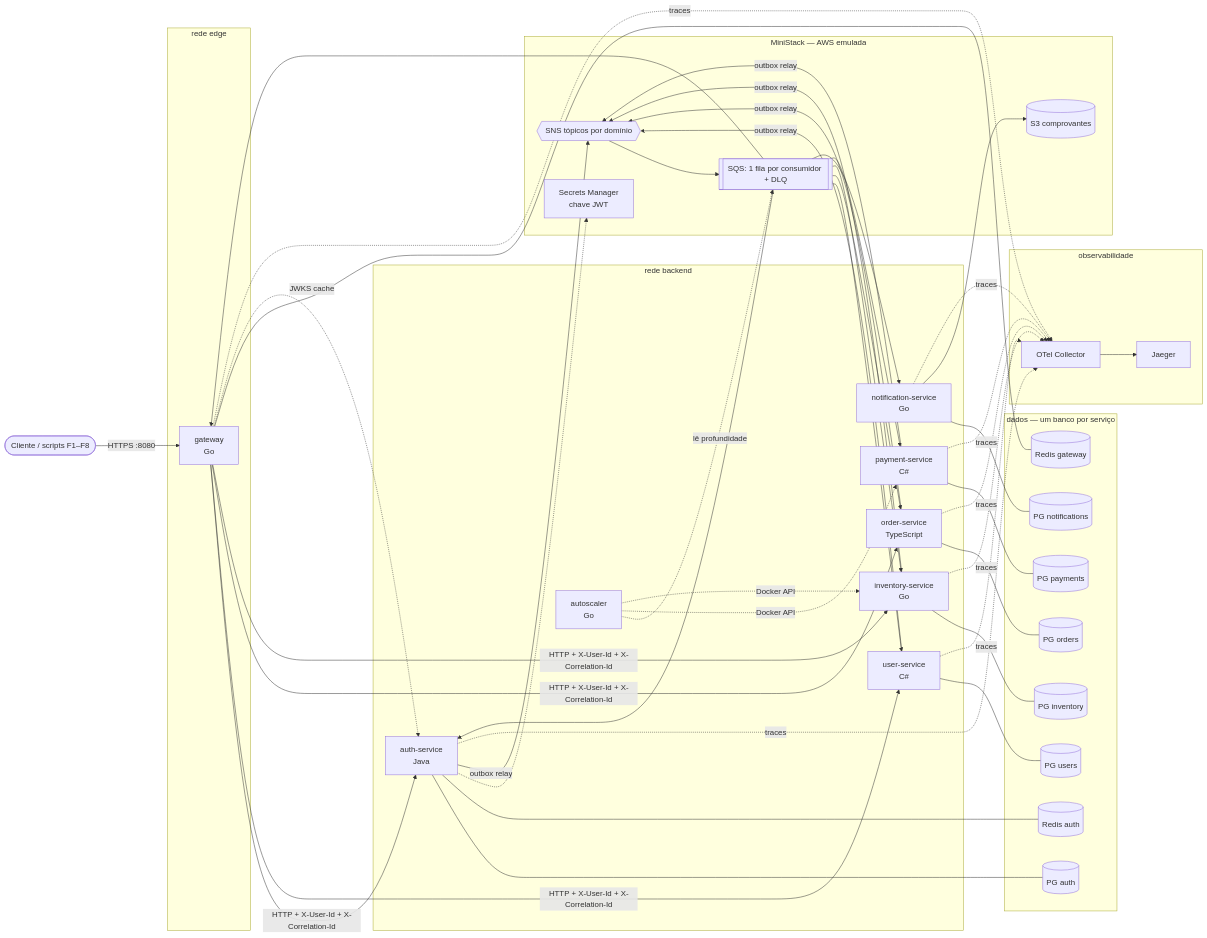
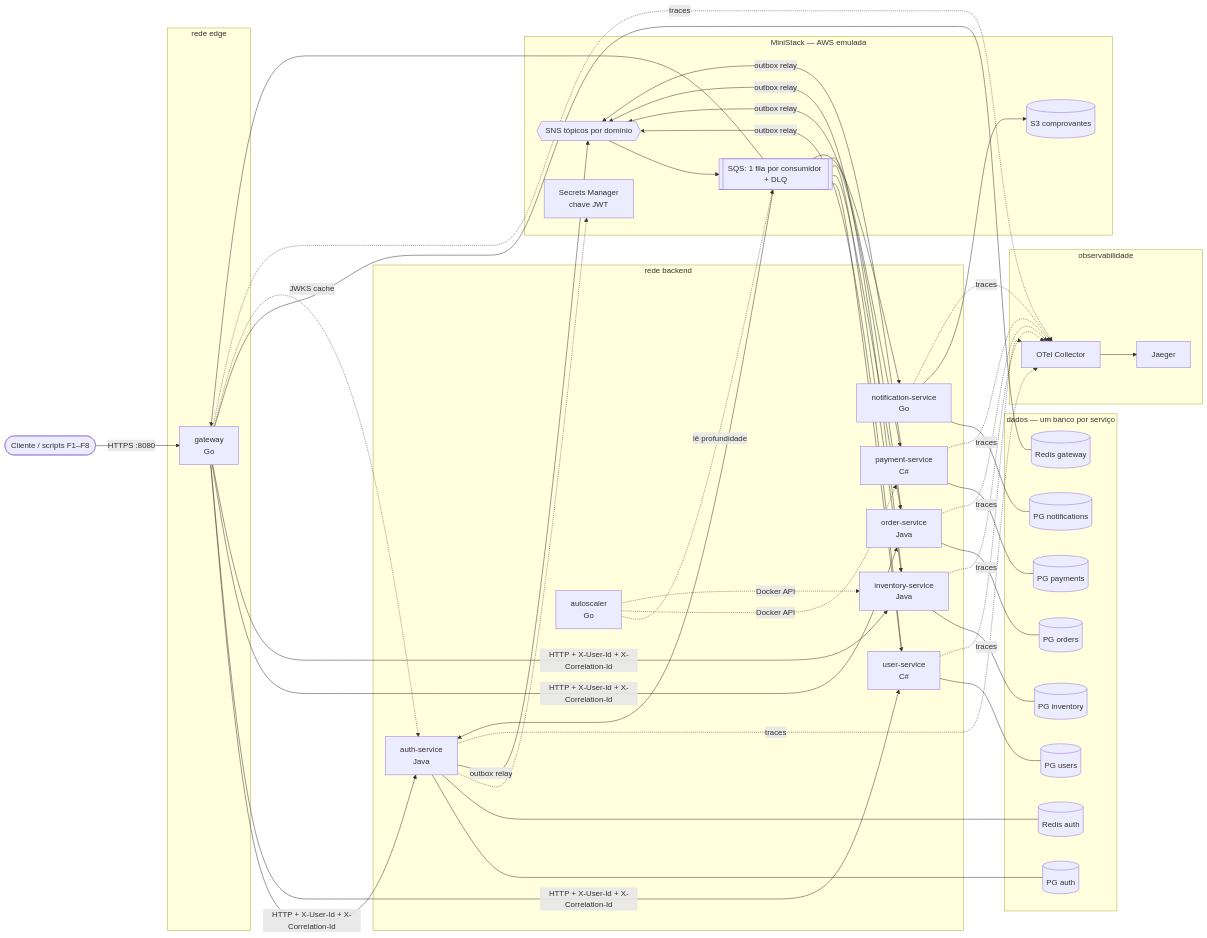
One commit to pedrogodri/ticket-pro changed the first of 4 diagrams in docs/arquitetura.md. Above: the diagram before and after it, drawn with Mermaid. The commit also changed other lines of this file and 111 other files, not shown here.

First line of the commit message:
refactor(services): move order-service and inventory-service to Java

````diff
--- a/docs/arquitetura.md
+++ b/docs/arquitetura.md
@@ -18,63 +18,63 @@
 ```mermaid
 flowchart LR
     client([Cliente / scripts F1–F8])
 
     subgraph edgeNet[rede edge]
         gw[gateway<br/>Go]
     end
 
     subgraph services[rede backend]
         auth[auth-service<br/>Java]
         user[user-service<br/>C#]
-        order[order-service<br/>TypeScript]
-        inv[inventory-service<br/>Go]
+        order[order-service<br/>Java]
+        inv[inventory-service<br/>Java]
         pay[payment-service<br/>C#]
         notif[notification-service<br/>Go]
         scaler[autoscaler<br/>Go]
     end
 
     subgraph data[dados — um banco por serviço]
         gwredis[(Redis gateway)]
         authdb[(PG auth)]
         authredis[(Redis auth)]
         userdb[(PG users)]
         orderdb[(PG orders)]
         invdb[(PG inventory)]
         paydb[(PG payments)]
         notifdb[(PG notifications)]
     end
 
     subgraph aws[MiniStack — AWS emulada]
         sns{{SNS tópicos por domínio}}
         sqs[[SQS: 1 fila por consumidor + DLQ]]
         s3[(S3 comprovantes)]
         sm[Secrets Manager<br/>chave JWT]
     end
 
     subgraph obs[observabilidade]
         otel[OTel Collector]
         jaeger[Jaeger]
     end
 
     client -->|HTTPS :8080| gw
     gw -->|HTTP + X-User-Id + X-Correlation-Id| auth & user & order & inv
     gw --- gwredis
     gw -. JWKS cache .-> auth
 
     auth --- authdb & authredis
     auth -.-> sm
     user --- userdb
     order --- orderdb
     inv --- invdb
     pay --- paydb
     notif --- notifdb
     notif --> s3
 
     auth & user & order & inv & pay -->|outbox relay| sns
     sns --> sqs
     sqs --> gw & auth & user & order & inv & pay & notif
     scaler -. lê profundidade .-> sqs
     scaler -. Docker API .-> pay & inv
 
     gw & auth & user & order & inv & pay & notif -. traces .-> otel --> jaeger
 ```
````
